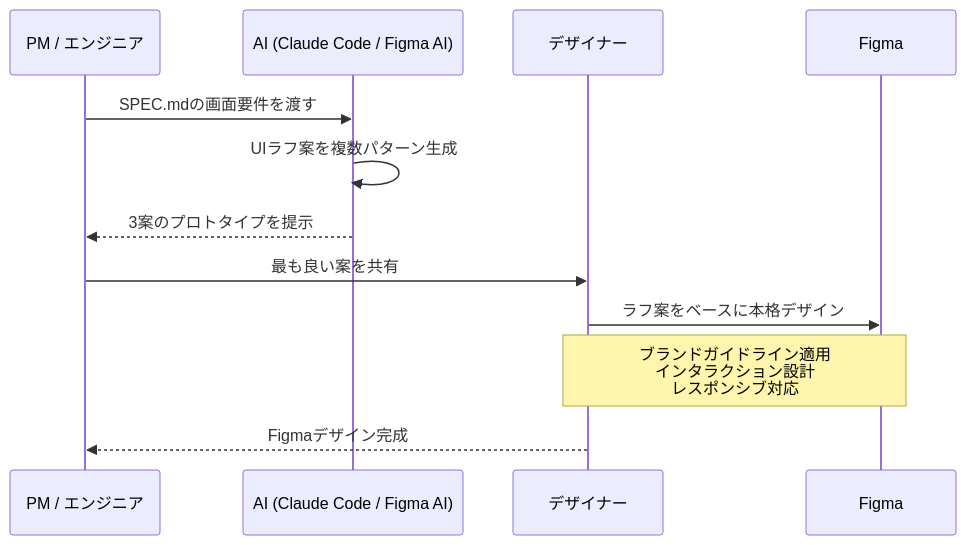
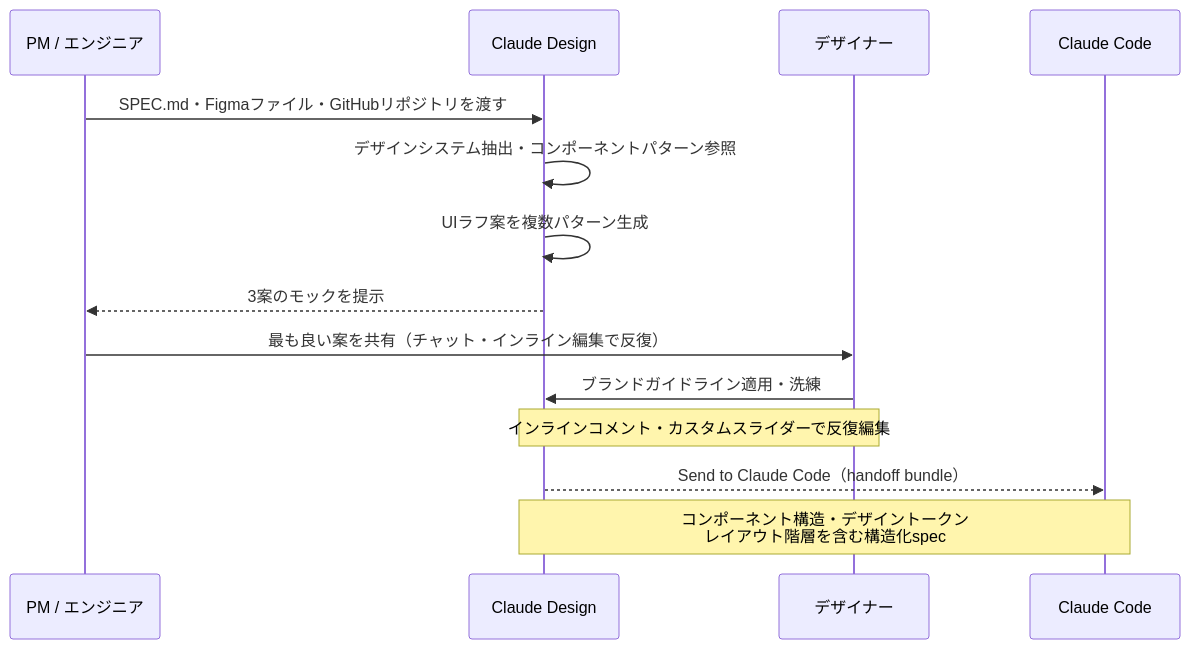
Diagram 31 of 49 in AI駆動開発.md (takuma39/ai), drawn with Mermaid before and after one commit. The commit also changed other lines of this file, not shown here.

````diff
--- a/AI駆動開発.md
+++ b/AI駆動開発.md
@@ -2257,15 +2260,17 @@
 ```mermaid
 sequenceDiagram
     participant PM as PM / エンジニア
-    participant AI as AI (Claude Code / Figma AI)
+    participant CD as Claude Design
     participant Designer as デザイナー
-    participant Figma as Figma
-    
-    PM->>AI: SPEC.mdの画面要件を渡す
-    AI->>AI: UIラフ案を複数パターン生成
-    AI-->>PM: 3案のプロトタイプを提示
-    PM->>Designer: 最も良い案を共有
-    Designer->>Figma: ラフ案をベースに本格デザイン
-    Note over Designer,Figma: ブランドガイドライン適用<br/>インタラクション設計<br/>レスポンシブ対応
-    Designer-->>PM: Figmaデザイン完成
+    participant CC as Claude Code
+
+    PM->>CD: SPEC.md・Figmaファイル・GitHubリポジトリを渡す
+    CD->>CD: デザインシステム抽出・コンポーネントパターン参照
+    CD->>CD: UIラフ案を複数パターン生成
+    CD-->>PM: 3案のモックを提示
+    PM->>Designer: 最も良い案を共有（チャット・インライン編集で反復）
+    Designer->>CD: ブランドガイドライン適用・洗練
+    Note over Designer,CD: インラインコメント・カスタムスライダーで反復編集
+    CD-->>CC: Send to Claude Code（handoff bundle）
+    Note over CD,CC: コンポーネント構造・デザイントークン<br/>レイアウト階層を含む構造化spec
 ```
````
